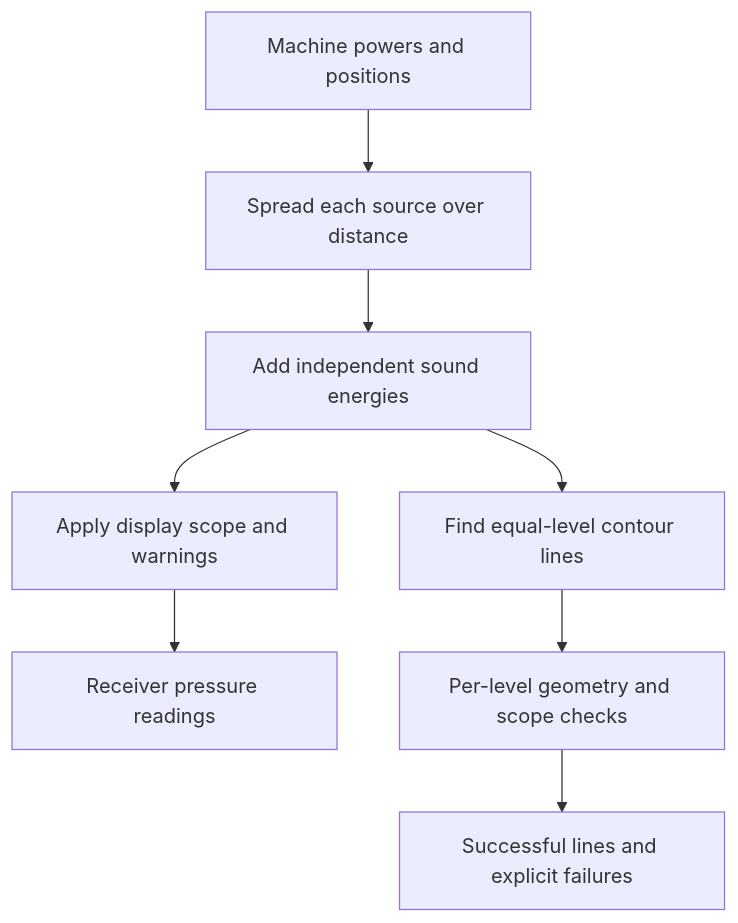
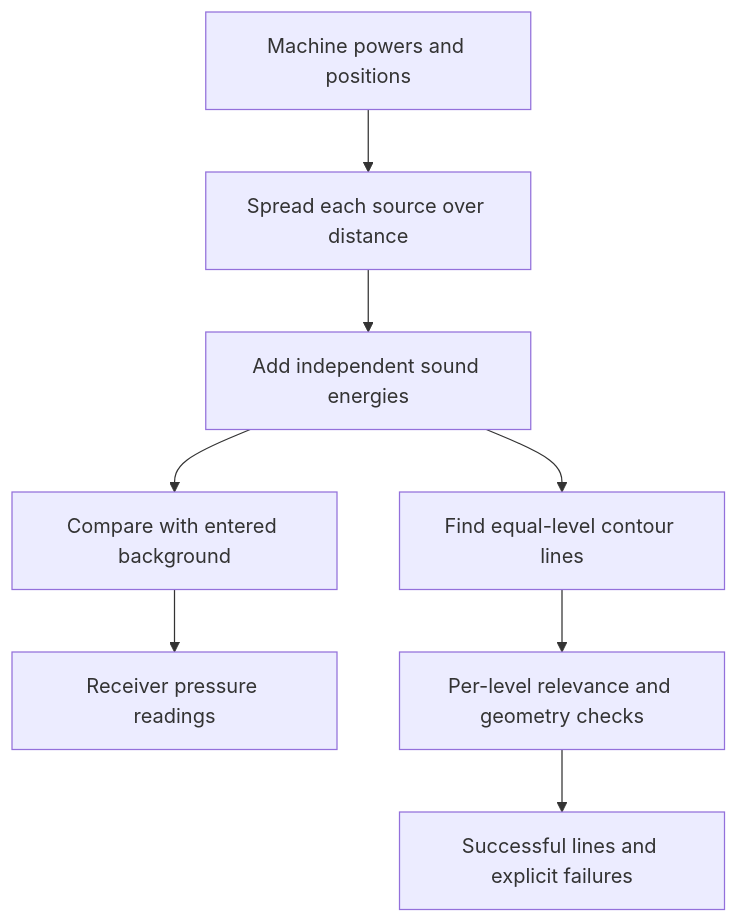
Before and after one commit to Jakespitteler/Sound-Model: the diagram in docs/model.md, drawn with Mermaid. The commit also changed other lines of this file and 12 other files, not shown here.

````diff
--- a/docs/model.md
+++ b/docs/model.md
@@ -8,10 +8,10 @@
 ```mermaid
 flowchart TD
     Inputs[Machine powers and positions] --> Spread[Spread each source over distance]
     Spread --> Add[Add independent sound energies]
-    Add --> Scope[Apply display scope and warnings]
+    Add --> Scope[Compare with entered background]
     Scope --> Readings[Receiver pressure readings]
     Add --> Levels[Find equal-level contour lines]
-    Levels --> Checks[Per-level geometry and scope checks]
+    Levels --> Checks[Per-level relevance and geometry checks]
     Checks --> Map[Successful lines and explicit failures]
 ```
````
